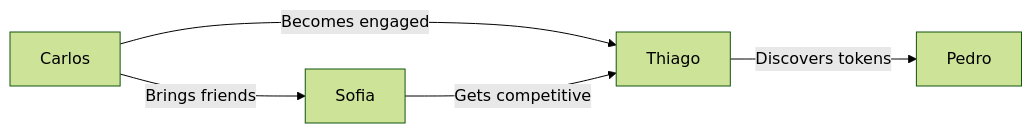
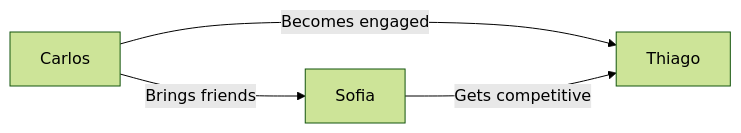
One commit to vbendas/FalaMestre changed the diagram in Documentation/02-User-Experience/00-User-Personas.md. Above: the diagram before and after it, drawn with Mermaid (forest theme). The commit also changed other lines of this file and 72 other files, not shown here.

````diff
--- a/Documentation/02-User-Experience/00-User-Personas.md
+++ b/Documentation/02-User-Experience/00-User-Personas.md
@@ -329,7 +253,6 @@
 ```mermaid
 flowchart LR
     A[Carlos] -->|Becomes engaged| B[Thiago]
     A -->|Brings friends| C[Sofia]
-    B -->|Discovers tokens| D[Pedro]
     C -->|Gets competitive| B
 ```
````
